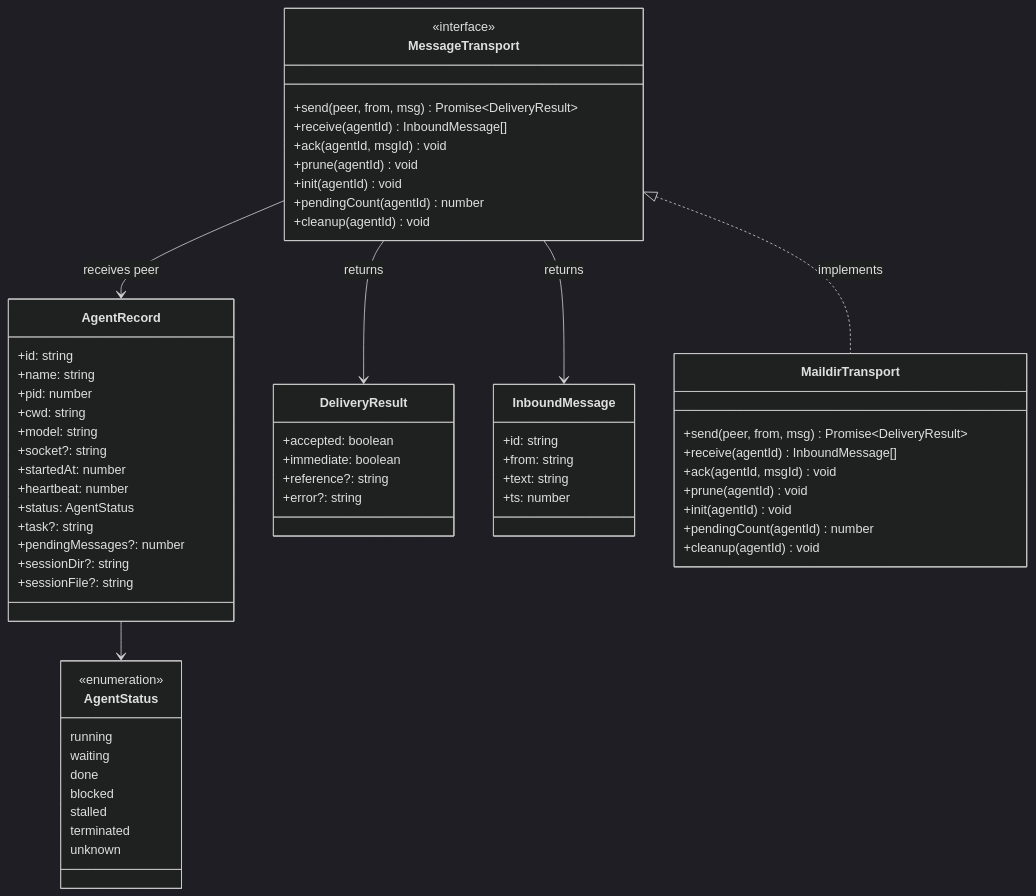
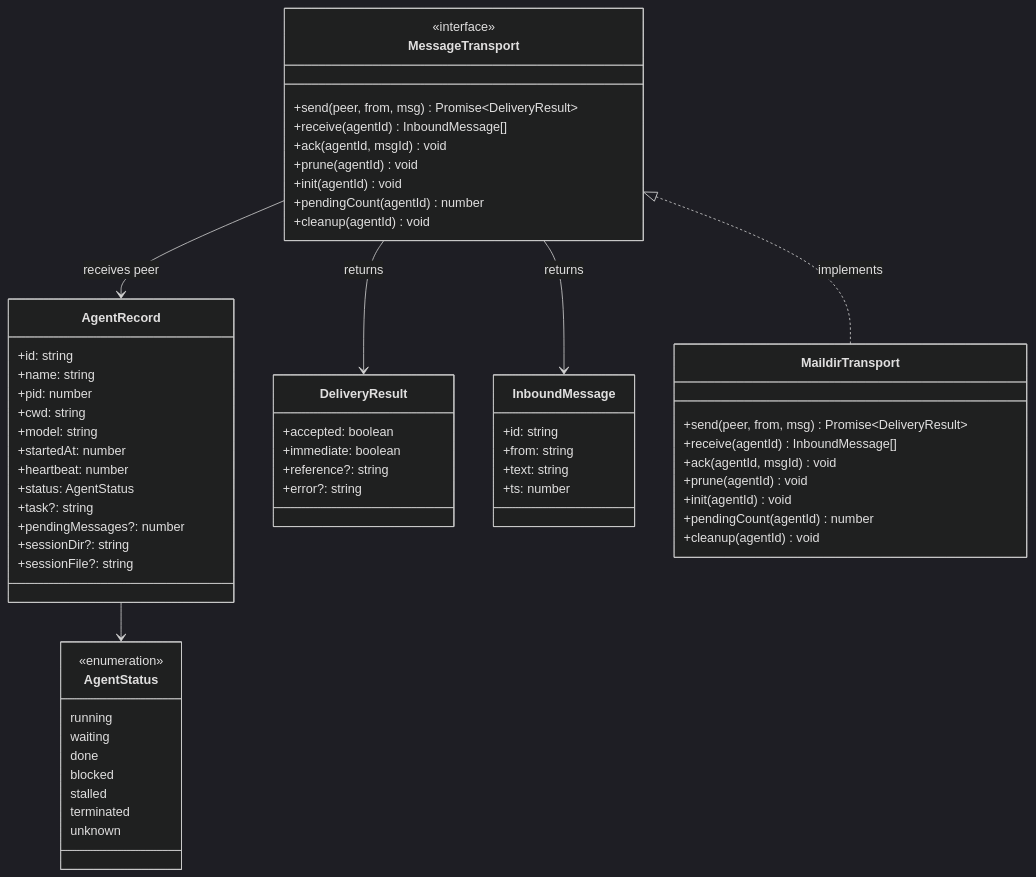
The first of 3 diagrams in docs/C4-Code.md (tS7hKamAYL84j91/pi-tools-and-skills), drawn with Mermaid (dark theme) before and after one commit. The commit also changed other lines of this file and 27 other files, not shown here.

````diff
--- a/docs/C4-Code.md
+++ b/docs/C4-Code.md
@@ -5,70 +6,69 @@
 ```mermaid
 classDiagram
     class AgentStatus {
         <<enumeration>>
         running
         waiting
         done
         blocked
         stalled
         terminated
         unknown
     }
 
     class AgentRecord {
         +id: string
         +name: string
         +pid: number
         +cwd: string
         +model: string
-        +socket?: string
         +startedAt: number
         +heartbeat: number
         +status: AgentStatus
         +task?: string
         +pendingMessages?: number
         +sessionDir?: string
         +sessionFile?: string
     }
 
     class DeliveryResult {
         +accepted: boolean
         +immediate: boolean
         +reference?: string
         +error?: string
     }
 
     class InboundMessage {
         +id: string
         +from: string
         +text: string
         +ts: number
     }
 
     class MessageTransport {
         <<interface>>
         +send(peer, from, msg) Promise~DeliveryResult~
         +receive(agentId) InboundMessage[]
         +ack(agentId, msgId) void
         +prune(agentId) void
         +init(agentId) void
         +pendingCount(agentId) number
         +cleanup(agentId) void
     }
 
     class MaildirTransport {
         +send(peer, from, msg) Promise~DeliveryResult~
         +receive(agentId) InboundMessage[]
         +ack(agentId, msgId) void
         +prune(agentId) void
         +init(agentId) void
         +pendingCount(agentId) number
         +cleanup(agentId) void
     }
 
     AgentRecord --> AgentStatus
     MessageTransport --> DeliveryResult : returns
     MessageTransport --> InboundMessage : returns
     MessageTransport --> AgentRecord : receives peer
     MessageTransport <|.. MaildirTransport : implements
 ```
````
